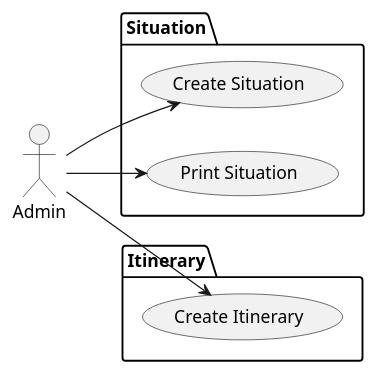
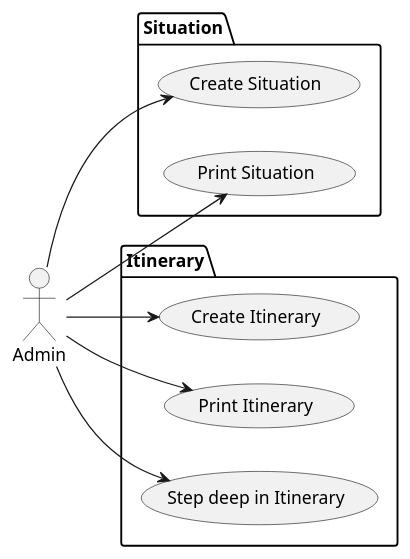
The diagram in doc/UseCasesDiagram.puml (IgnacioMaestro/Eternity2), drawn with PlantUML before and after one commit.

Commit message:
feat: update use cases diagram with print and step deep functionality

```diff
--- a/doc/UseCasesDiagram.puml
+++ b/doc/UseCasesDiagram.puml
@@ -1,12 +1,14 @@
 @startuml
 left to right direction
 actor Admin
 package Situation {
   Admin --> (Create Situation)
   Admin --> (Print Situation)
 }
 
 package Itinerary {
   Admin --> (Create Itinerary)
+  Admin --> (Print Itinerary)
+  Admin --> (Step deep in Itinerary)
 }
 @enduml
```
